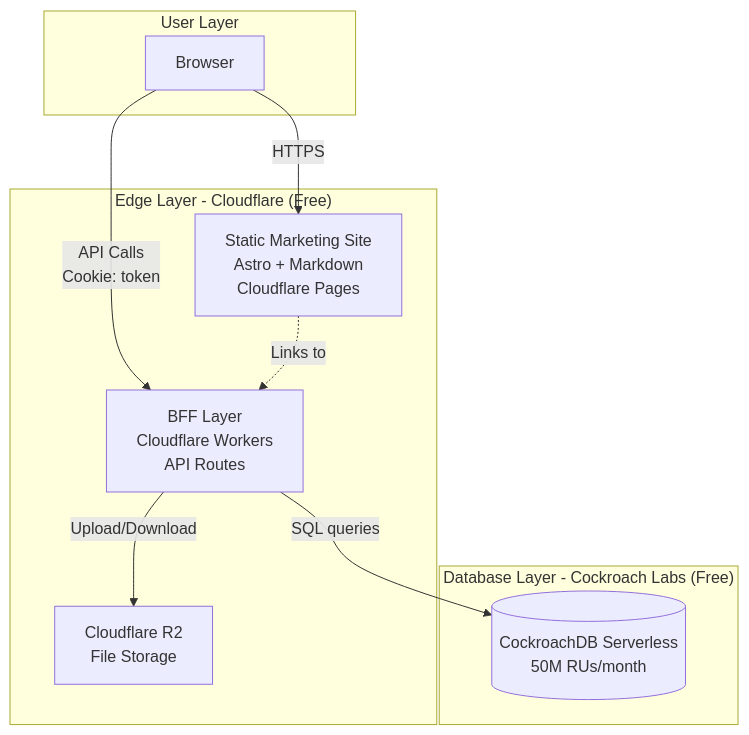
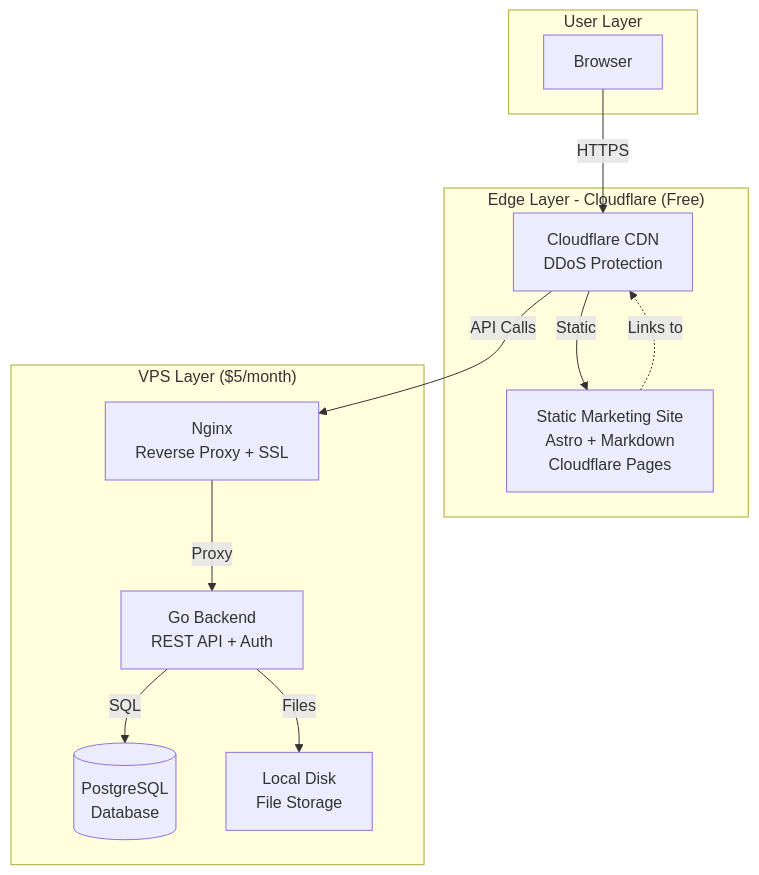
The first of 11 diagrams in docs/ARCHITECTURE.md (idtazkia/website-stmik), drawn with Mermaid before and after one commit. The commit also changed other lines of this file and 3 other files, not shown here.

First line of the commit message:
Update architecture to use VPS with Go and PostgreSQL

````diff
--- a/docs/ARCHITECTURE.md
+++ b/docs/ARCHITECTURE.md
@@ -21,23 +21,27 @@
 ```mermaid
 graph TB
     subgraph "User Layer"
         Browser[Browser]
     end
 
     subgraph "Edge Layer - Cloudflare (Free)"
+        CDN[Cloudflare CDN<br/>DDoS Protection]
         StaticSite[Static Marketing Site<br/>Astro + Markdown<br/>Cloudflare Pages]
-        BFF[BFF Layer<br/>Cloudflare Workers<br/>API Routes]
-        FileStorage[Cloudflare R2<br/>File Storage]
     end
 
-    subgraph "Database Layer - Cockroach Labs (Free)"
-        Database[(CockroachDB Serverless<br/>50M RUs/month)]
+    subgraph "VPS Layer ($5/month)"
+        Nginx[Nginx<br/>Reverse Proxy + SSL]
+        GoAPI[Go Backend<br/>REST API + Auth]
+        Database[(PostgreSQL<br/>Database)]
+        FileStorage[Local Disk<br/>File Storage]
     end
 
-    Browser -->|HTTPS| StaticSite
-    Browser -->|API Calls<br/>Cookie: token| BFF
-    BFF -->|SQL queries| Database
-    BFF -->|Upload/Download| FileStorage
+    Browser -->|HTTPS| CDN
+    CDN -->|Static| StaticSite
+    CDN -->|API Calls| Nginx
+    Nginx -->|Proxy| GoAPI
+    GoAPI -->|SQL| Database
+    GoAPI -->|Files| FileStorage
 
-    StaticSite -.->|Links to| BFF
+    StaticSite -.->|Links to| CDN
 ```
````
